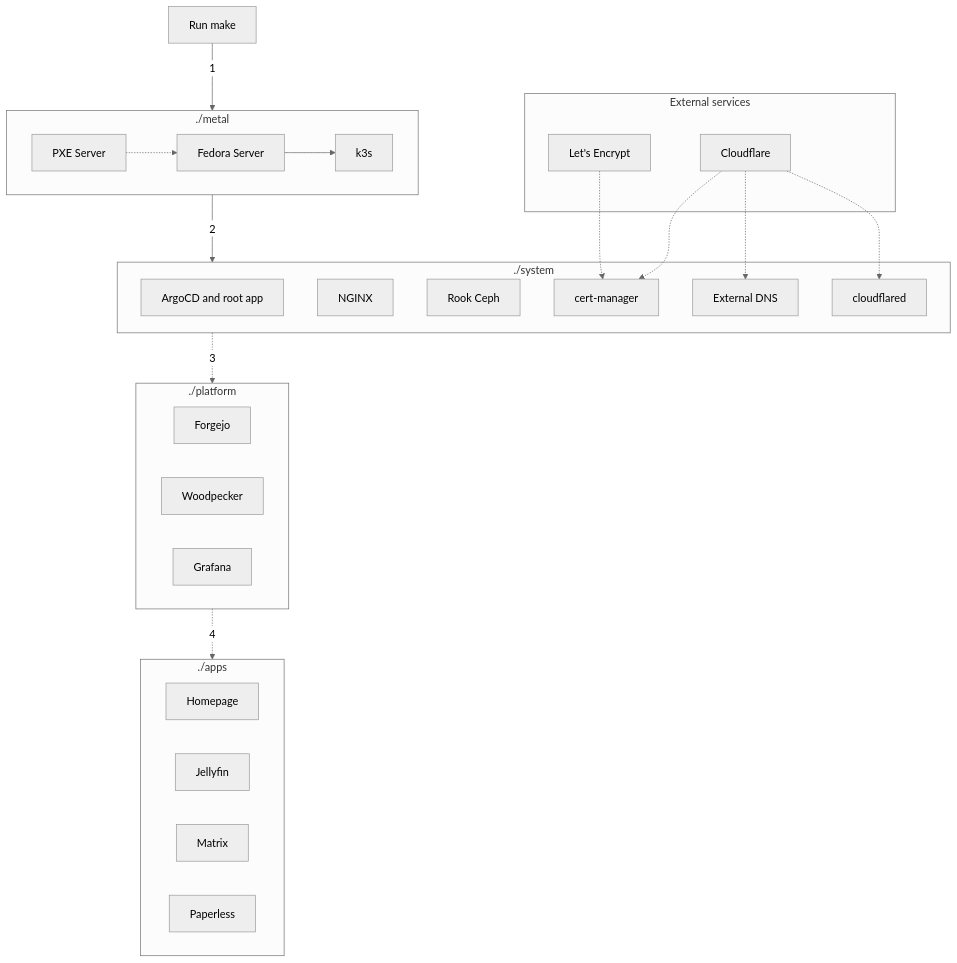
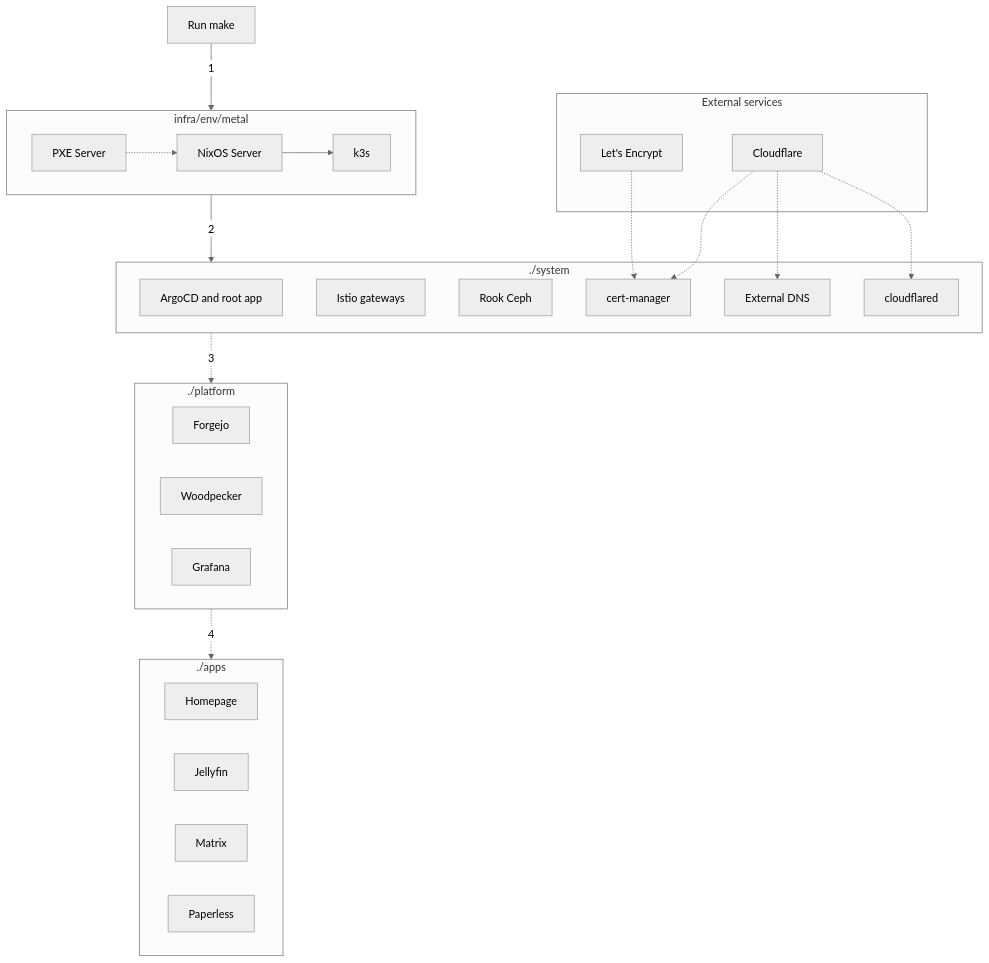
The diagram in docs/reference/architecture/overview.md (duongle-steven/homelab), drawn with Mermaid (neutral theme) before and after one commit. The commit also changed other lines of this file and 15 other files, not shown here.

````diff
--- a/docs/reference/architecture/overview.md
+++ b/docs/reference/architecture/overview.md
@@ -47,40 +48,40 @@
 ```mermaid
 flowchart TD
-  subgraph metal[./metal]
-    pxe[PXE Server] -.-> linux[Fedora Server] --> k3s
+  subgraph metal[infra/env/metal]
+    pxe[PXE Server] -.-> linux[NixOS Server] --> k3s
   end
 
   subgraph system[./system]
     argocd[ArgoCD and root app]
-    nginx[NGINX]
+    istio[Istio gateways]
     rook-ceph[Rook Ceph]
     cert-manager
     external-dns[External DNS]
     cloudflared
   end
 
   subgraph external[External services]
     letsencrypt[Let's Encrypt]
     cloudflare[Cloudflare]
   end
 
   letsencrypt -.-> cert-manager
   cloudflare -.-> cert-manager
   cloudflare -.-> external-dns
   cloudflare -.-> cloudflared
 
   subgraph platform[./platform]
     Forgejo
     Woodpecker
     Grafana
   end
 
   subgraph apps[./apps]
     homepage[Homepage]
     jellyfin[Jellyfin]
     matrix[Matrix]
     paperless[Paperless]
   end
 
   make[Run make] -- 1 --> metal -- 2 --> system -. 3 .-> platform -. 4 .-> apps
 ```
````
